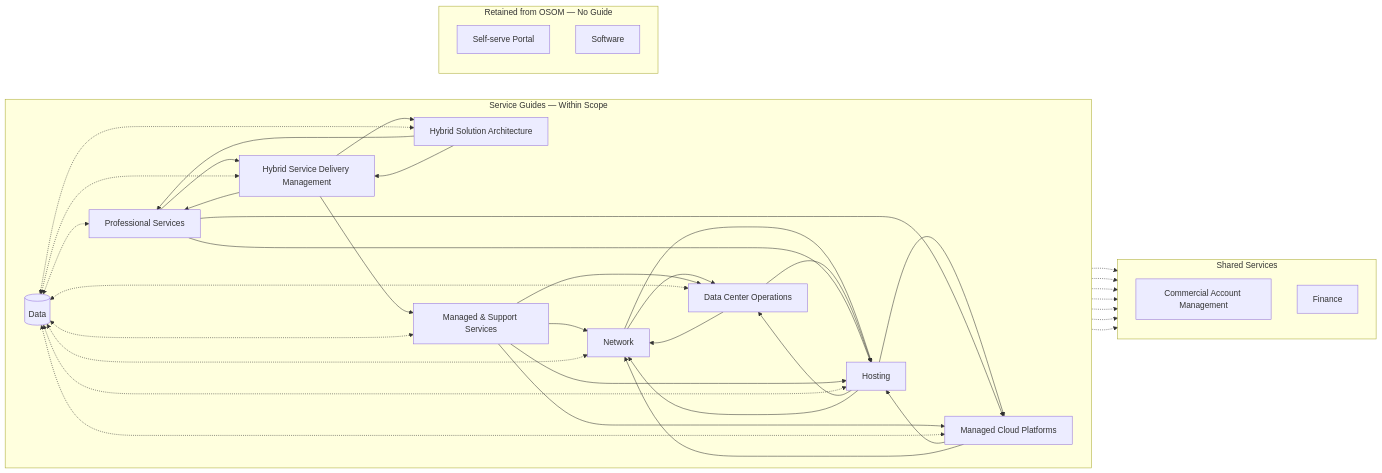
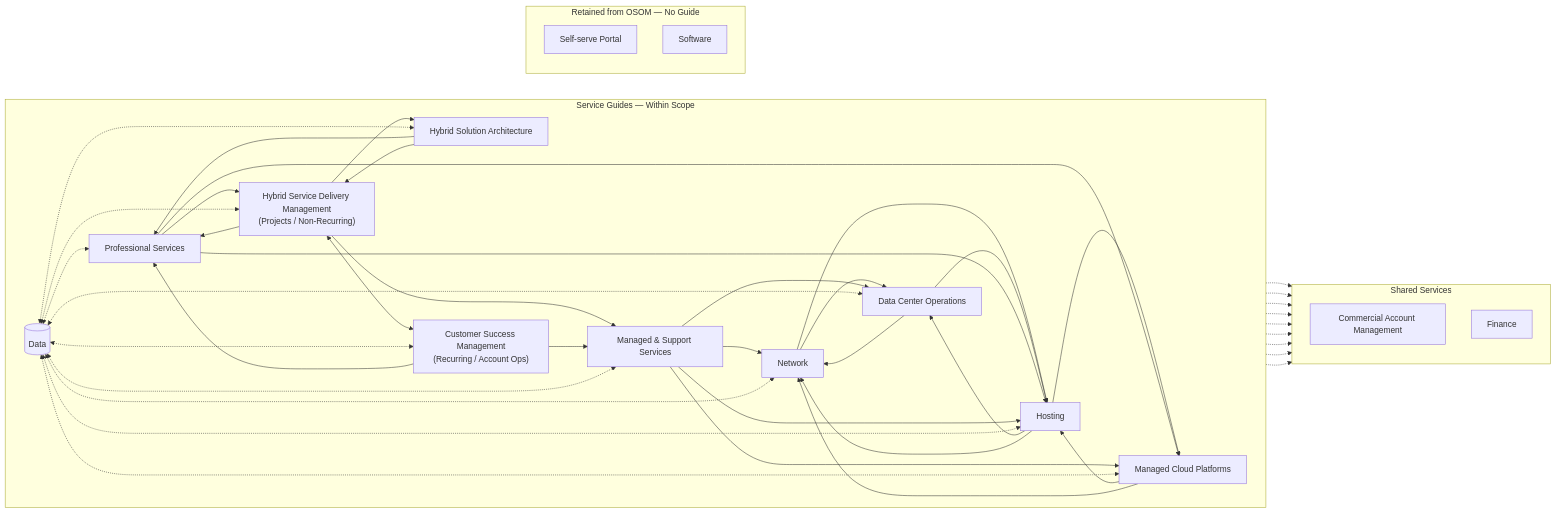
The diagram in vault/50-services/Service Network.md (nelsonuwp/connected-brain), drawn with Mermaid before and after one commit. The commit also changed other lines of this file and 1 other file, not shown here.

````diff
--- a/vault/50-services/Service Network.md
+++ b/vault/50-services/Service Network.md
@@ -1187,70 +1281,77 @@
 ```mermaid
 flowchart LR
     %% Nodes: nine services from guides
     subgraph Nine ["Service Guides — Within Scope"]
         direction LR
         NET["Network"]
         DC["Data Center Operations"]
         Host["Hosting"]
         MCP["Managed Cloud Platforms"]
         PS["Professional Services"]
         HSA["Hybrid Solution Architecture"]
         MC["Managed & Support Services"]
-        HSDM["Hybrid Service Delivery Management"]
+        HSDM["Hybrid Service Delivery Management\n(Projects / Non-Recurring)"]
+        CSM["Customer Success Management\n(Recurring / Account Ops)"]
         DATA[("Data")]
     end
 
     %% SSP and SW retained from OSOM model. No service guides exist for these nodes in this initiative.
     subgraph Legacy ["Retained from OSOM — No Guide"]
         SSP["Self-serve Portal"]
         SW["Software"]
     end
 
     subgraph Shared ["Shared Services"]
         direction TB
         CAM["Commercial Account Management"]
         Finance["Finance"]
     end
 
     %% Declared upstream dependencies (within-nine): A --> B means A depends on B
     NET --> DC
     NET --> Host
     DC --> Host
     DC --> NET
     Host --> MCP
     Host --> DC
     Host --> NET
     MCP --> Host
     MCP --> NET
     PS --> HSDM
     PS --> MCP
     PS --> Host
     HSA --> PS
     HSA --> HSDM
     MC --> MCP
     MC --> DC
     MC --> NET
     MC --> Host
     HSDM --> PS
     HSDM --> MC
     HSDM --> HSA
+    HSDM <--> CSM
+    CSM --> MC
+    CSM --> PS
 
     %% Dependencies to Shared Services (dashed)
     NET -.-> CAM
     DC -.-> CAM
     Host -.-> CAM
     MCP -.-> CAM
     MC -.-> CAM
     HSDM -.-> CAM
     HSDM -.-> Finance
+    CSM -.-> CAM
+    CSM -.-> Finance
 
     %% Data: bidirectional dashed to all within-nine nodes
     DATA <-.-> NET
     DATA <-.-> DC
     DATA <-.-> Host
     DATA <-.-> MCP
     DATA <-.-> PS
     DATA <-.-> HSA
     DATA <-.-> MC
     DATA <-.-> HSDM
+    DATA <-.-> CSM
 ```
````
